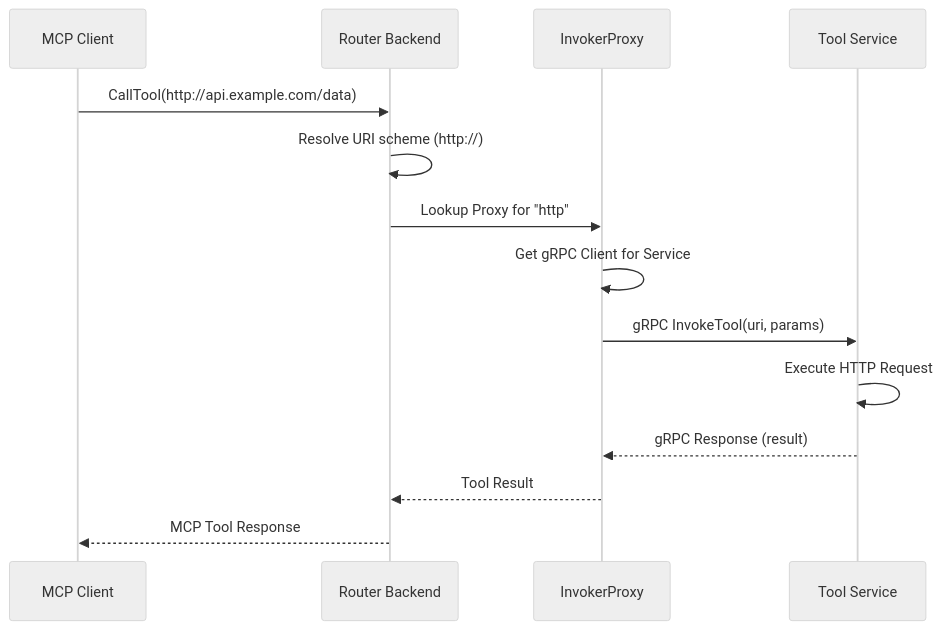
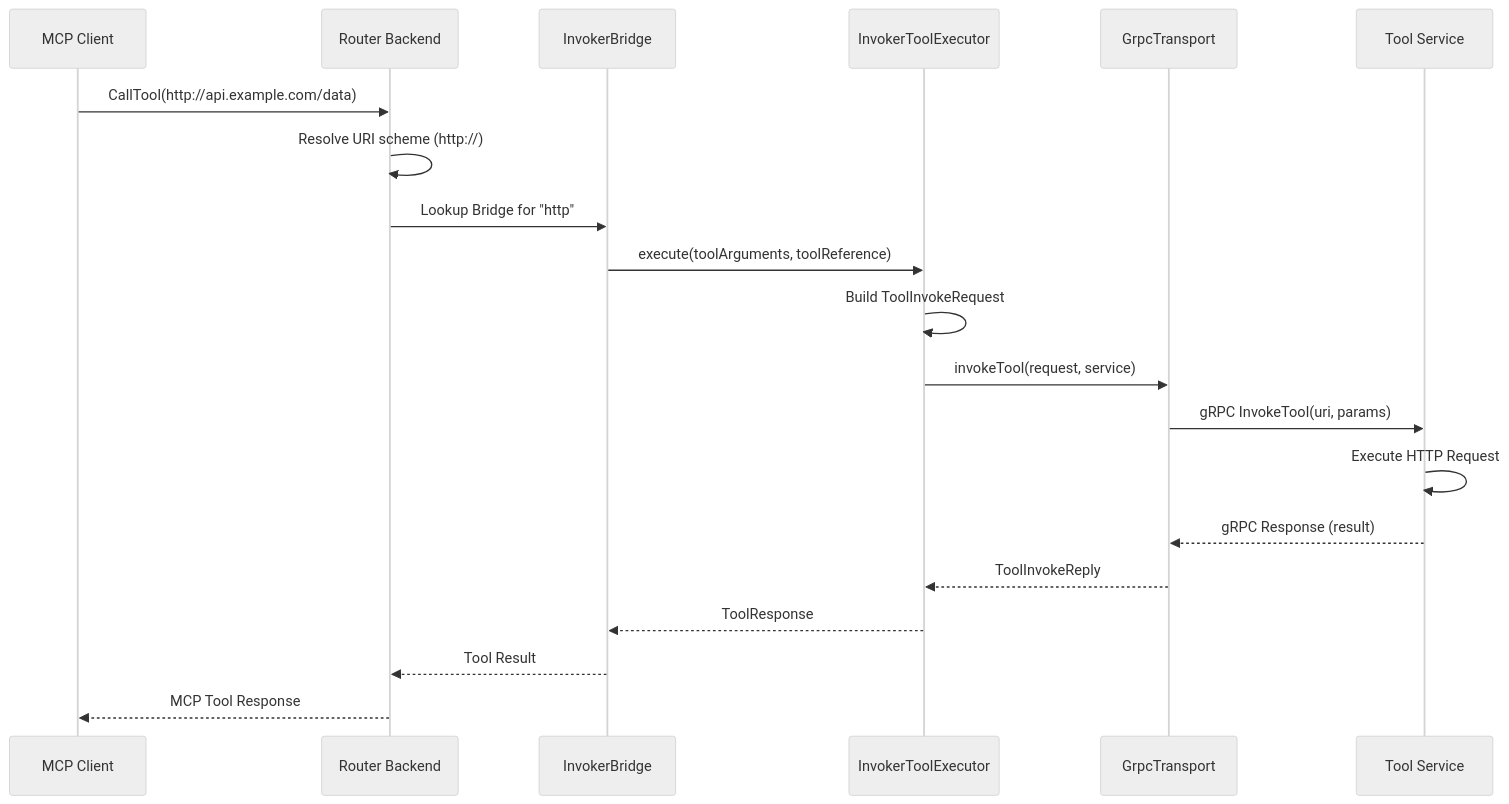
Before and after one commit to wanaku-ai/wanaku: the sixth of 6 diagrams in docs/wanaku-router-internals.md, drawn with Mermaid (neutral theme). The commit also changed other lines of this file and 25 other files, not shown here.

First line of the commit message:
Refactor the gRPC bridge

````diff
--- a/docs/wanaku-router-internals.md
+++ b/docs/wanaku-router-internals.md
@@ -208,17 +257,23 @@
 ```mermaid
 sequenceDiagram
     participant MCP as MCP Client
     participant Router as Router Backend
-    participant IP as InvokerProxy
+    participant IB as InvokerBridge
+    participant Executor as InvokerToolExecutor
+    participant Transport as GrpcTransport
     participant Tool as Tool Service
 
     MCP->>Router: CallTool(http://api.example.com/data)
     Router->>Router: Resolve URI scheme (http://)
-    Router->>IP: Lookup Proxy for "http"
-    IP->>IP: Get gRPC Client for Service
-    IP->>Tool: gRPC InvokeTool(uri, params)
+    Router->>IB: Lookup Bridge for "http"
+    IB->>Executor: execute(toolArguments, toolReference)
+    Executor->>Executor: Build ToolInvokeRequest
+    Executor->>Transport: invokeTool(request, service)
+    Transport->>Tool: gRPC InvokeTool(uri, params)
     Tool->>Tool: Execute HTTP Request
-    Tool-->>IP: gRPC Response (result)
-    IP-->>Router: Tool Result
+    Tool-->>Transport: gRPC Response (result)
+    Transport-->>Executor: ToolInvokeReply
+    Executor-->>IB: ToolResponse
+    IB-->>Router: Tool Result
     Router-->>MCP: MCP Tool Response
 ```
````
